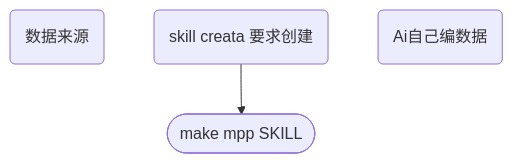
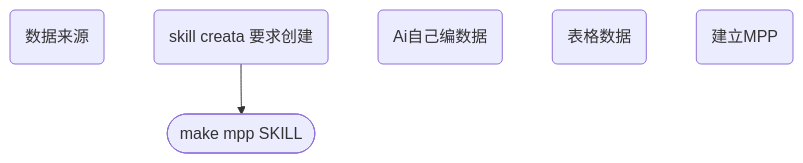
Before and after one commit to fireflysss/mermaid-notes: the diagram in notes/进度MMP skill (local)_289c8ca6-dc65-4f5d-8e6f-773a3c6cc0dc.md, drawn with Mermaid. The commit also changed 3 other files, not shown here.

Commit message:
Sync Mermaid Studio data (11 diagrams)

````diff
--- a/notes/进度MMP skill (local)_289c8ca6-dc65-4f5d-8e6f-773a3c6cc0dc.md
+++ b/notes/进度MMP skill (local)_289c8ca6-dc65-4f5d-8e6f-773a3c6cc0dc.md
@@ -3,9 +3,11 @@
 ```mermaid
 flowchart TD
   n_0(["make mpp SKILL"])
   n_1("数据来源")
   n_2("skill  creata 要求创建")
   n_3("Ai自己编数据")
+  n_4("表格数据")
+  n_5("建立MPP")
   n_2 --> n_0
 
 ```
````
